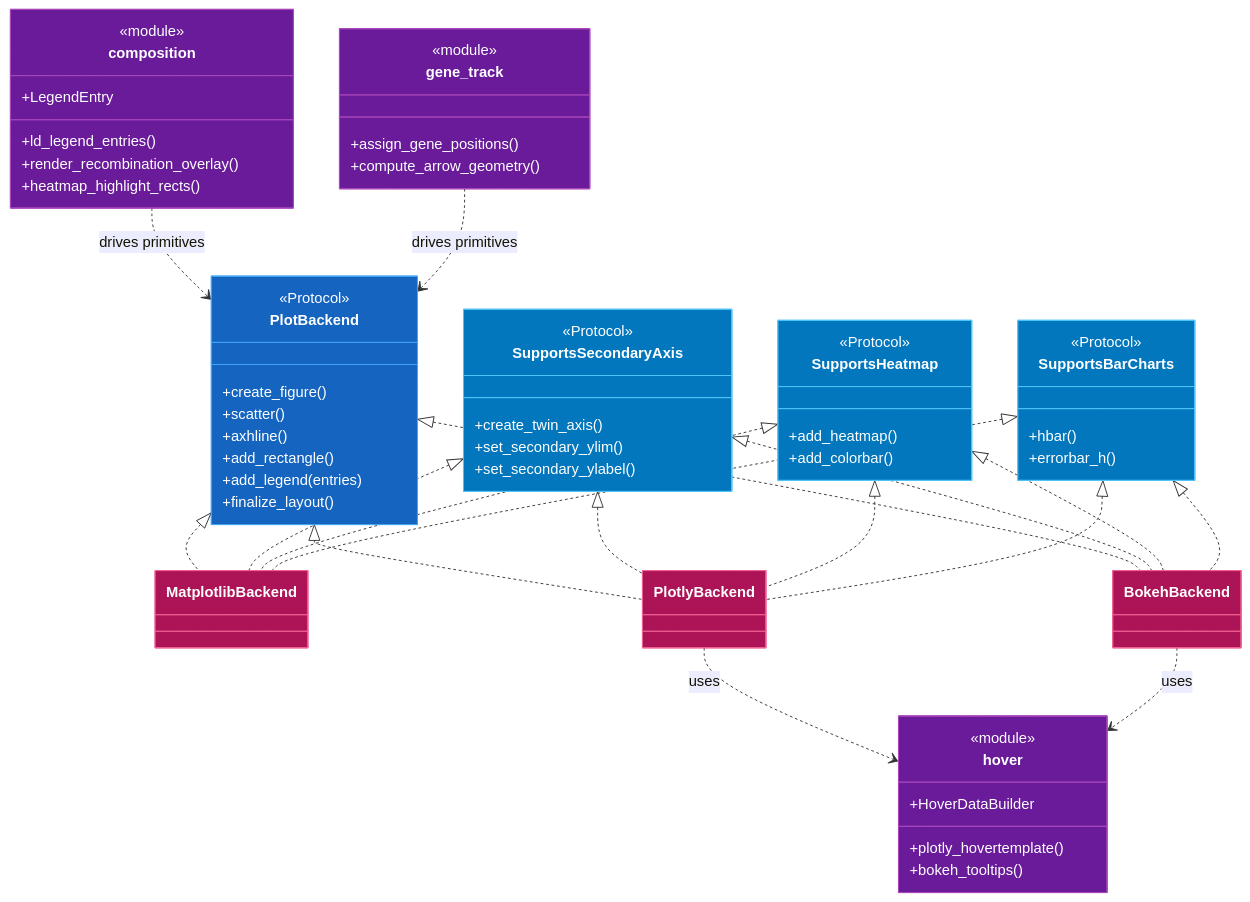
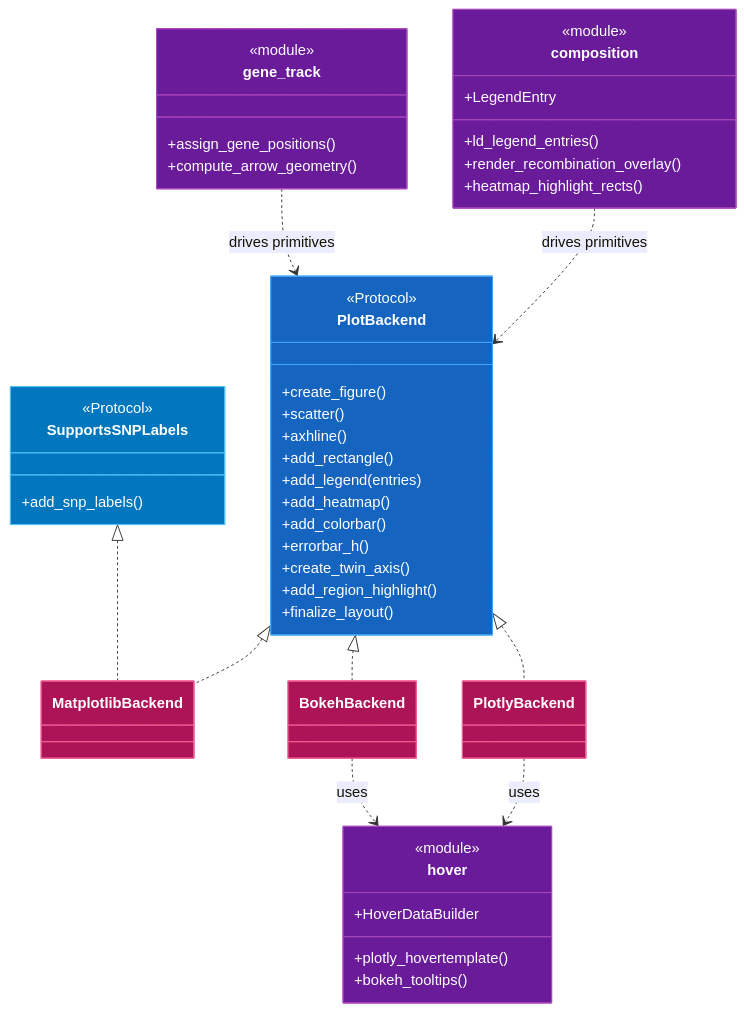
The third of 3 diagrams in docs/CODEMAP.md (michael-denyer/pyLocusZoom), drawn with Mermaid before and after one commit. The commit also changed other lines of this file and 27 other files, not shown here.

````diff
--- a/docs/CODEMAP.md
+++ b/docs/CODEMAP.md
@@ -357,77 +354,60 @@
 ```mermaid
 classDiagram
     class PlotBackend {
         <<Protocol>>
         +create_figure()
         +scatter()
         +axhline()
         +add_rectangle()
         +add_legend(entries)
+        +add_heatmap()
+        +add_colorbar()
+        +errorbar_h()
+        +create_twin_axis()
+        +add_region_highlight()
         +finalize_layout()
     }
-    class SupportsSecondaryAxis {
+    class SupportsSNPLabels {
         <<Protocol>>
-        +create_twin_axis()
-        +set_secondary_ylim()
-        +set_secondary_ylabel()
-    }
-    class SupportsHeatmap {
-        <<Protocol>>
-        +add_heatmap()
-        +add_colorbar()
-    }
-    class SupportsBarCharts {
-        <<Protocol>>
-        +hbar()
-        +errorbar_h()
+        +add_snp_labels()
     }
     class composition {
         <<module>>
         +LegendEntry
         +ld_legend_entries()
         +render_recombination_overlay()
         +heatmap_highlight_rects()
     }
     class hover {
         <<module>>
         +HoverDataBuilder
         +plotly_hovertemplate()
         +bokeh_tooltips()
     }
     class gene_track {
         <<module>>
         +assign_gene_positions()
         +compute_arrow_geometry()
     }
     class MatplotlibBackend
     class PlotlyBackend
     class BokehBackend
 
     PlotBackend <|.. MatplotlibBackend
     PlotBackend <|.. PlotlyBackend
     PlotBackend <|.. BokehBackend
-    SupportsSecondaryAxis <|.. MatplotlibBackend
-    SupportsSecondaryAxis <|.. PlotlyBackend
-    SupportsSecondaryAxis <|.. BokehBackend
-    SupportsHeatmap <|.. MatplotlibBackend
-    SupportsHeatmap <|.. PlotlyBackend
-    SupportsHeatmap <|.. BokehBackend
-    SupportsBarCharts <|.. MatplotlibBackend
-    SupportsBarCharts <|.. PlotlyBackend
-    SupportsBarCharts <|.. BokehBackend
+    SupportsSNPLabels <|.. MatplotlibBackend
     composition ..> PlotBackend : drives primitives
     gene_track ..> PlotBackend : drives primitives
     PlotlyBackend ..> hover : uses
     BokehBackend ..> hover : uses
 
     style PlotBackend fill:#1565c0,stroke:#42a5f5,color:#ffffff
-    style SupportsSecondaryAxis fill:#0277bd,stroke:#4fc3f7,color:#ffffff
-    style SupportsHeatmap fill:#0277bd,stroke:#4fc3f7,color:#ffffff
-    style SupportsBarCharts fill:#0277bd,stroke:#4fc3f7,color:#ffffff
+    style SupportsSNPLabels fill:#0277bd,stroke:#4fc3f7,color:#ffffff
     style MatplotlibBackend fill:#ad1457,stroke:#f06292,color:#ffffff
     style PlotlyBackend fill:#ad1457,stroke:#f06292,color:#ffffff
     style BokehBackend fill:#ad1457,stroke:#f06292,color:#ffffff
     style composition fill:#6a1b9a,stroke:#ab47bc,color:#ffffff
     style hover fill:#6a1b9a,stroke:#ab47bc,color:#ffffff
     style gene_track fill:#6a1b9a,stroke:#ab47bc,color:#ffffff
 ```
````
